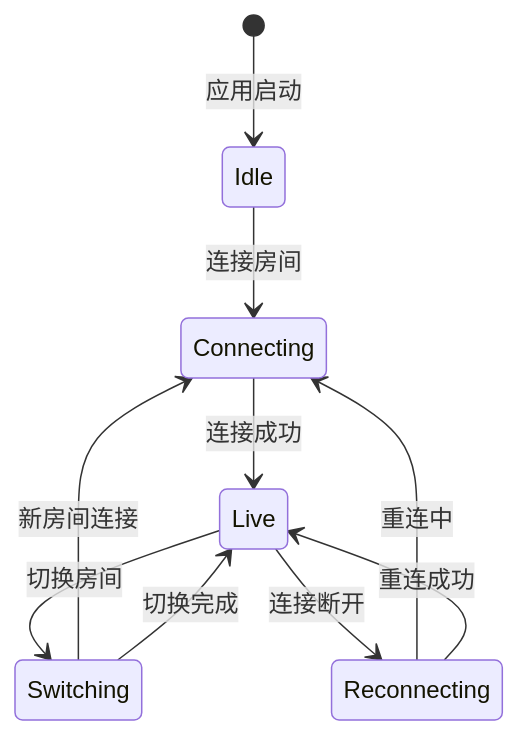
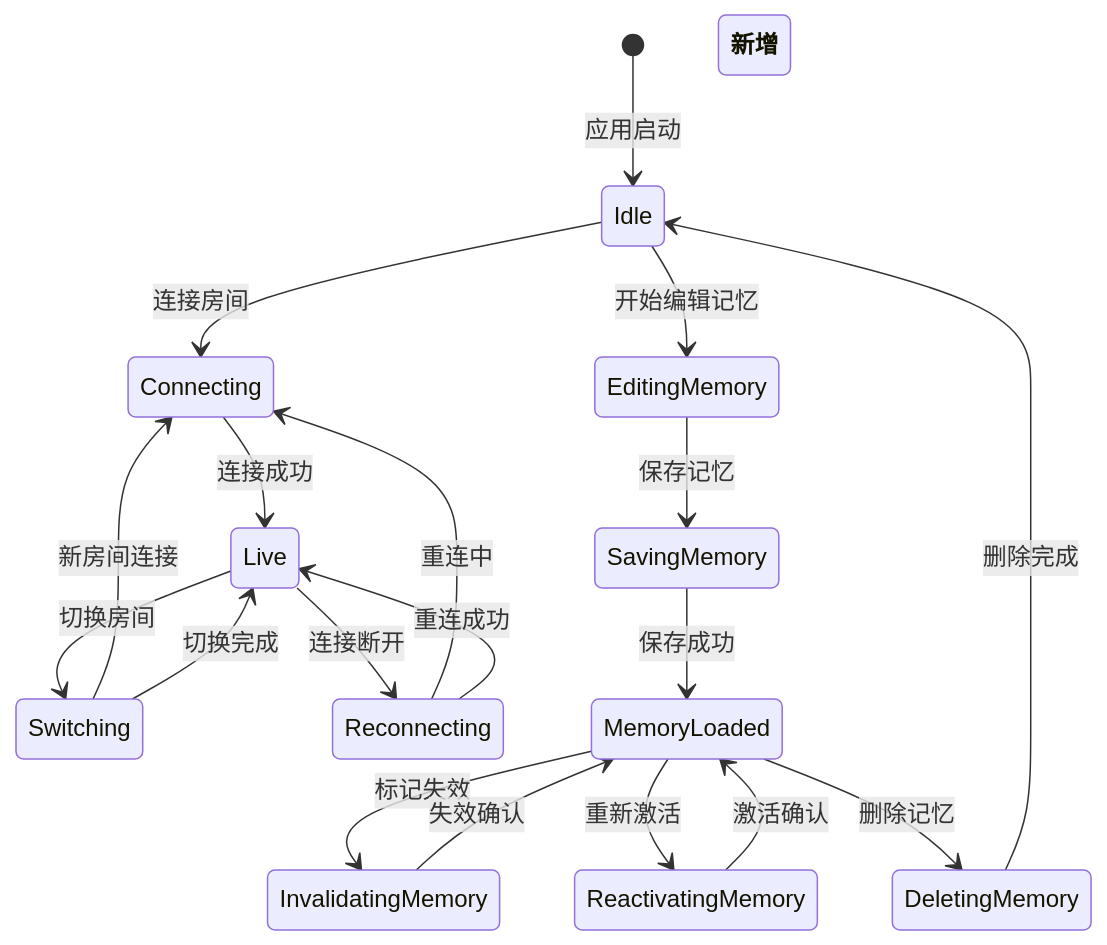
Diagram 21 of 22 in .qoder/repowiki/zh/content/前端应用/状态管理 (Pinia).md (Moon-Force/DouYin_llm), drawn with Mermaid before and after one commit. The commit also changed other lines of this file and 17 other files, not shown here.

````diff
--- a/.qoder/repowiki/zh/content/前端应用/状态管理 (Pinia).md
+++ b/.qoder/repowiki/zh/content/前端应用/状态管理 (Pinia).md
@@ -816,12 +1042,21 @@
 ```mermaid
 stateDiagram-v2
 [*] --> Idle : 应用启动
 Idle --> Connecting : 连接房间
 Connecting --> Live : 连接成功
 Live --> Switching : 切换房间
 Switching --> Connecting : 新房间连接
 Switching --> Live : 切换完成
 Live --> Reconnecting : 连接断开
 Reconnecting --> Connecting : 重连中
 Reconnecting --> Live : 重连成功
+**新增** Idle --> EditingMemory : 开始编辑记忆
+**新增** EditingMemory --> SavingMemory : 保存记忆
+**新增** SavingMemory --> MemoryLoaded : 保存成功
+**新增** MemoryLoaded --> InvalidatingMemory : 标记失效
+**新增** InvalidatingMemory --> MemoryLoaded : 失效确认
+**新增** MemoryLoaded --> ReactivatingMemory : 重新激活
+**新增** ReactivatingMemory --> MemoryLoaded : 激活确认
+**新增** MemoryLoaded --> DeletingMemory : 删除记忆
+**新增** DeletingMemory --> Idle : 删除完成
 ```
````
